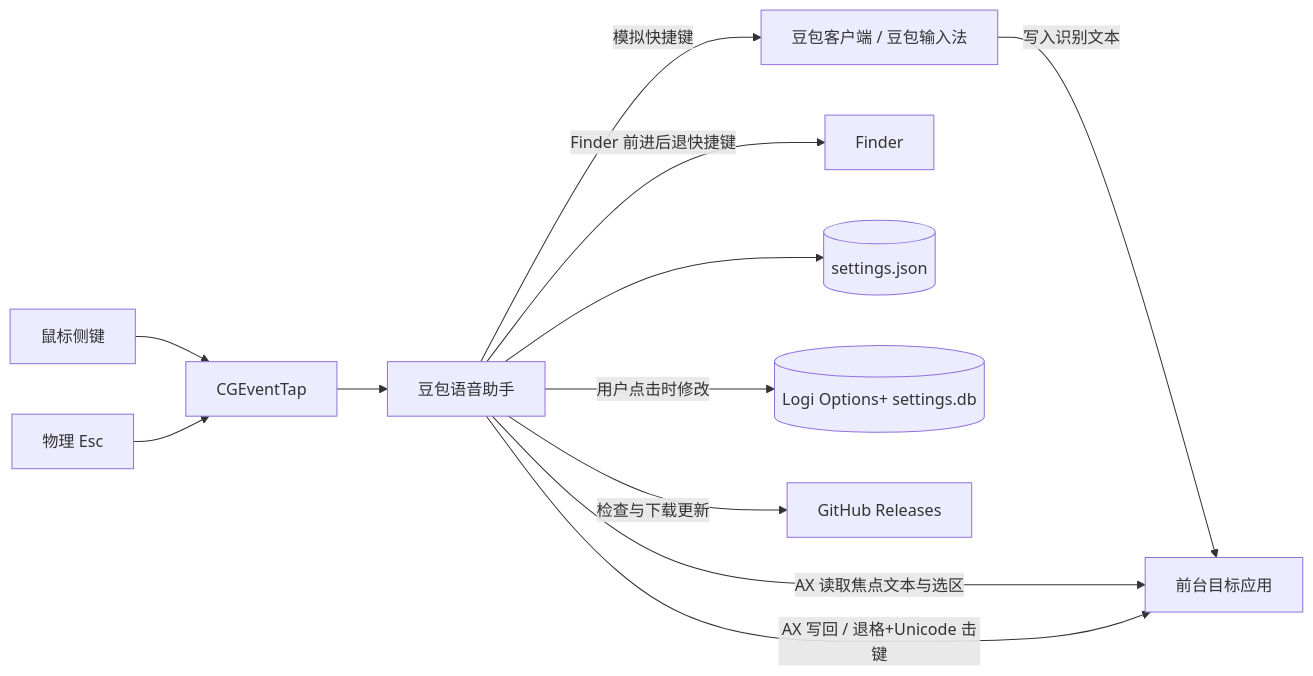
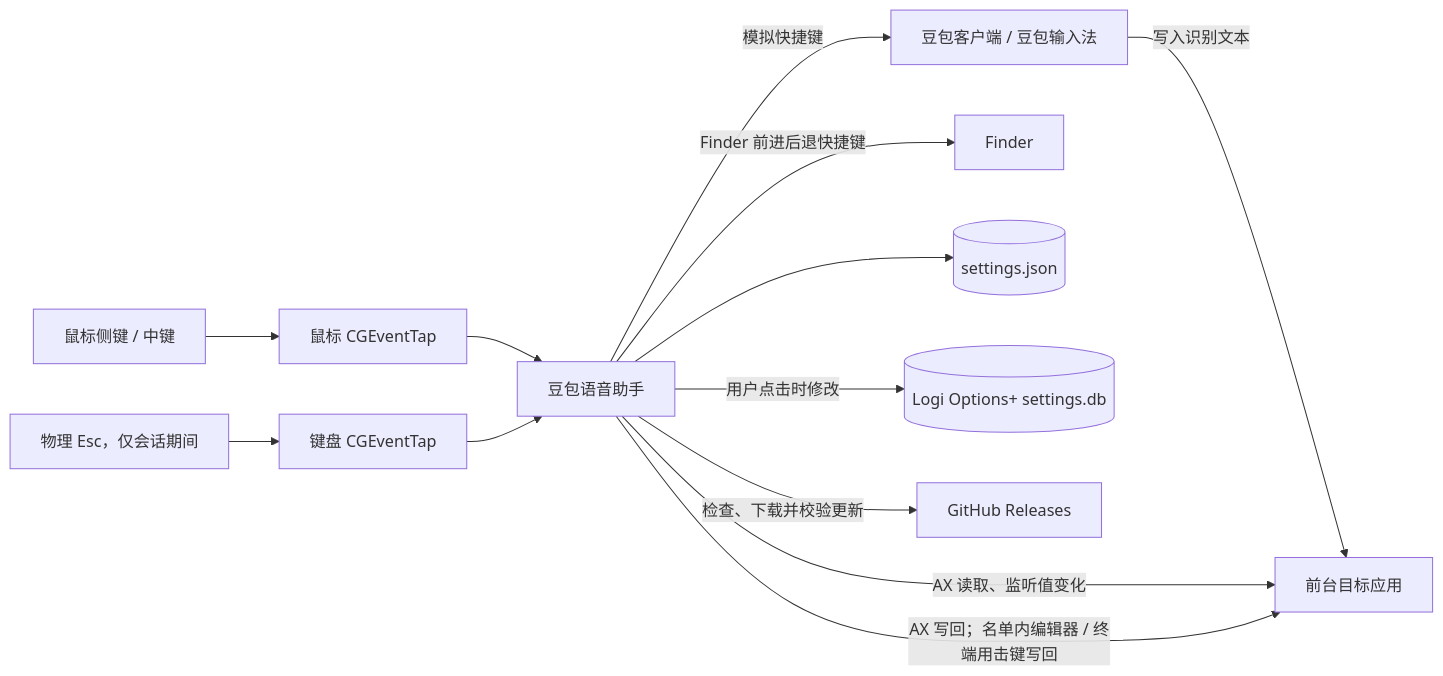
One commit to backtomyfuture/doubao-voice-helper changed the first of 2 diagrams in docs/ARCHITECTURE.md. Above: the diagram before and after it, drawn with Mermaid. The commit also changed other lines of this file and 28 other files, not shown here.

````diff
--- a/docs/ARCHITECTURE.md
+++ b/docs/ARCHITECTURE.md
@@ -54,14 +51,15 @@
 ```mermaid
 flowchart LR
-    Mouse[鼠标侧键] --> Tap[CGEventTap]
-    Esc[物理 Esc] --> Tap
+    Mouse[鼠标侧键 / 中键] --> Tap[鼠标 CGEventTap]
+    Esc[物理 Esc，仅会话期间] --> KeyTap[键盘 CGEventTap]
     Tap --> App[豆包语音助手]
+    KeyTap --> App
     App -->|模拟快捷键| Doubao[豆包客户端 / 豆包输入法]
     Doubao -->|写入识别文本| Target[前台目标应用]
-    App -->|AX 读取焦点文本与选区| Target
-    App -->|AX 写回 / 退格+Unicode 击键| Target
+    App -->|AX 读取、监听值变化| Target
+    App -->|AX 写回；名单内编辑器 / 终端用击键写回| Target
     App -->|Finder 前进后退快捷键| Finder
     App --> Store[(settings.json)]
     App -->|用户点击时修改| Logi[(Logi Options+ settings.db)]
-    App -->|检查与下载更新| GitHub[GitHub Releases]
+    App -->|检查、下载并校验更新| GitHub[GitHub Releases]
 ```
````
